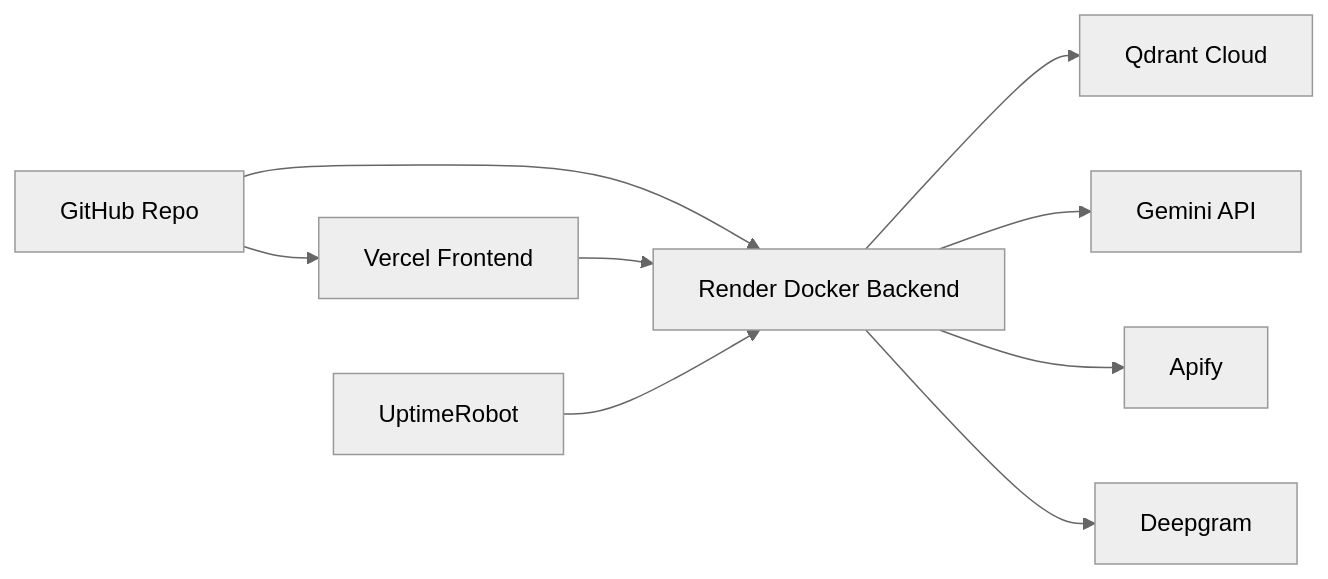
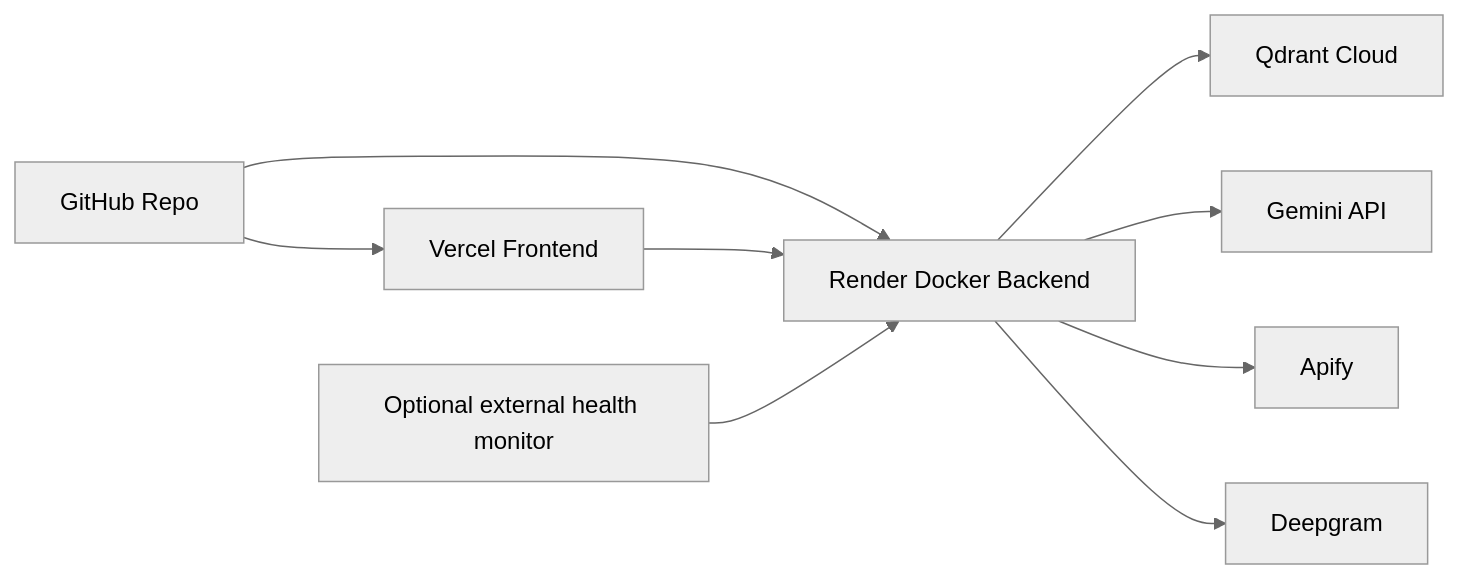
One commit to DiloJan-26/CreatorLens-AI changed the fifth of 5 diagrams in README.md. Above: the diagram before and after it, drawn with Mermaid (neutral theme). The commit also changed other lines of this file and 5 other files, not shown here.

````diff
--- a/README.md
+++ b/README.md
@@ -367,11 +388,11 @@
 ```mermaid
 flowchart LR
     GH[GitHub Repo] --> VERCEL[Vercel Frontend]
     GH --> RENDER[Render Docker Backend]
     RENDER --> QDRANT[Qdrant Cloud]
     RENDER --> GEMINI[Gemini API]
     RENDER --> APIFY[Apify]
     RENDER --> DEEPGRAM[Deepgram]
     VERCEL --> RENDER
-    UPTIME[UptimeRobot] --> RENDER
+    MONITOR[Optional external health monitor] --> RENDER
 ```
````
